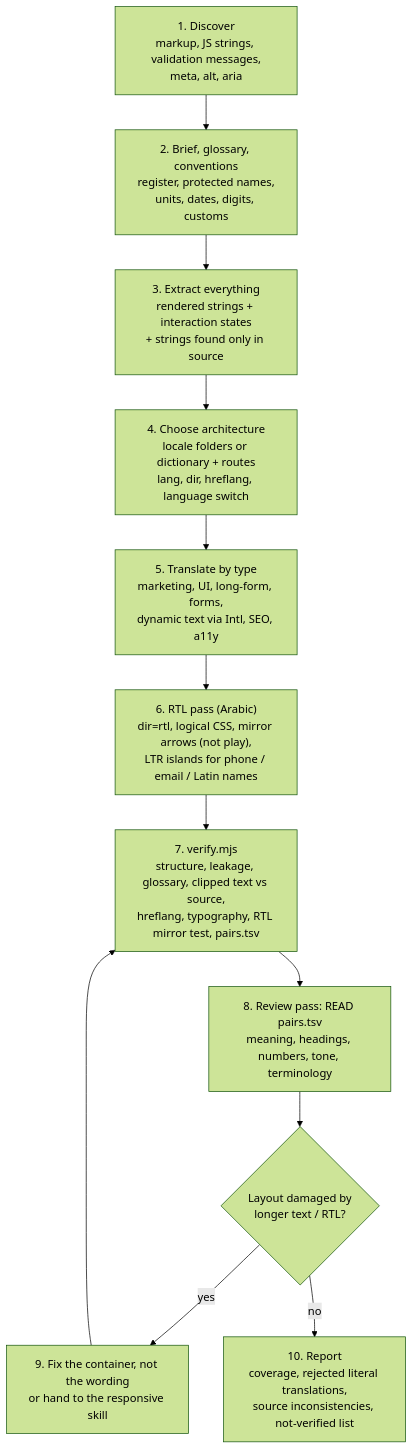
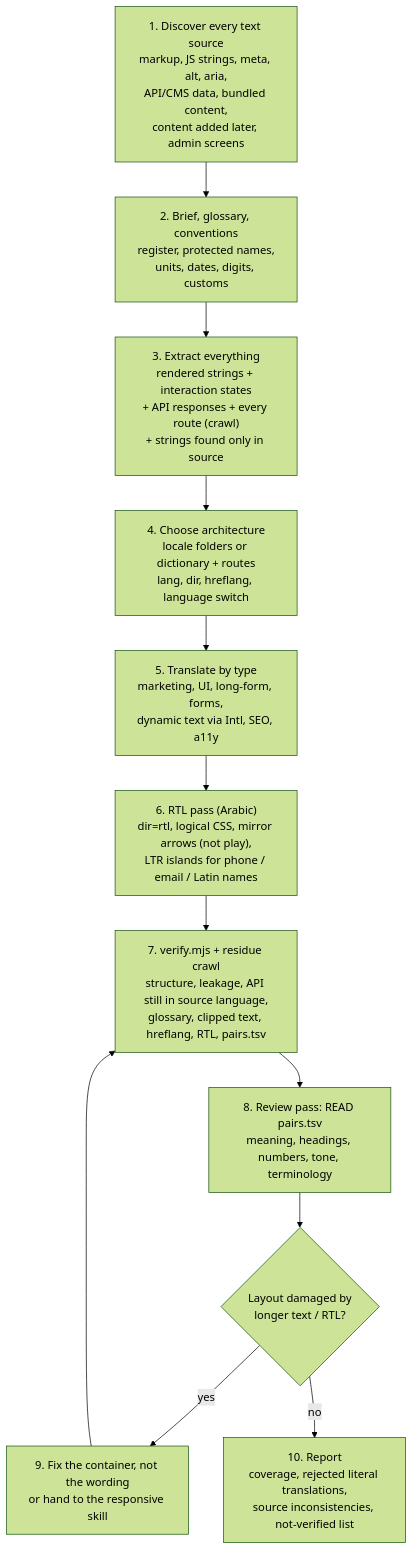
One commit to MONTASSAR2001/skill-lang-responsive changed the third of 4 diagrams in README.md. Above: the diagram before and after it, drawn with Mermaid (forest theme). The commit also changed other lines of this file and 35 other files, not shown here.

First line of the commit message:
v1.1.0: localize content that is not in the markup; audit pages behind a login

````diff
--- a/README.md
+++ b/README.md
@@ -140,14 +148,14 @@
 ```mermaid
 flowchart TD
-  A["1. Discover<br/>markup, JS strings, validation messages,<br/>meta, alt, aria"] --> B["2. Brief, glossary, conventions<br/>register, protected names,<br/>units, dates, digits, customs"]
-  B --> C["3. Extract everything<br/>rendered strings + interaction states<br/>+ strings found only in source"]
+  A["1. Discover every text source<br/>markup, JS strings, meta, alt, aria,<br/>API/CMS data, bundled content,<br/>content added later, admin screens"] --> B["2. Brief, glossary, conventions<br/>register, protected names,<br/>units, dates, digits, customs"]
+  B --> C["3. Extract everything<br/>rendered strings + interaction states<br/>+ API responses + every route (crawl)<br/>+ strings found only in source"]
   C --> D["4. Choose architecture<br/>locale folders or dictionary + routes<br/>lang, dir, hreflang, language switch"]
   D --> E["5. Translate by type<br/>marketing, UI, long-form, forms,<br/>dynamic text via Intl, SEO, a11y"]
   E --> F["6. RTL pass (Arabic)<br/>dir=rtl, logical CSS, mirror arrows (not play),<br/>LTR islands for phone / email / Latin names"]
-  F --> G["7. verify.mjs<br/>structure, leakage, glossary, clipped text vs source,<br/>hreflang, typography, RTL mirror test, pairs.tsv"]
+  F --> G["7. verify.mjs + residue crawl<br/>structure, leakage, API still in source language,<br/>glossary, clipped text, hreflang, RTL, pairs.tsv"]
   G --> H["8. Review pass: READ pairs.tsv<br/>meaning, headings, numbers, tone, terminology"]
   H --> I{"Layout damaged by<br/>longer text / RTL?"}
   I -->|yes| J["9. Fix the container, not the wording<br/>or hand to the responsive skill"]
   J --> G
   I -->|no| K["10. Report<br/>coverage, rejected literal translations,<br/>source inconsistencies, not-verified list"]
 ```
````
